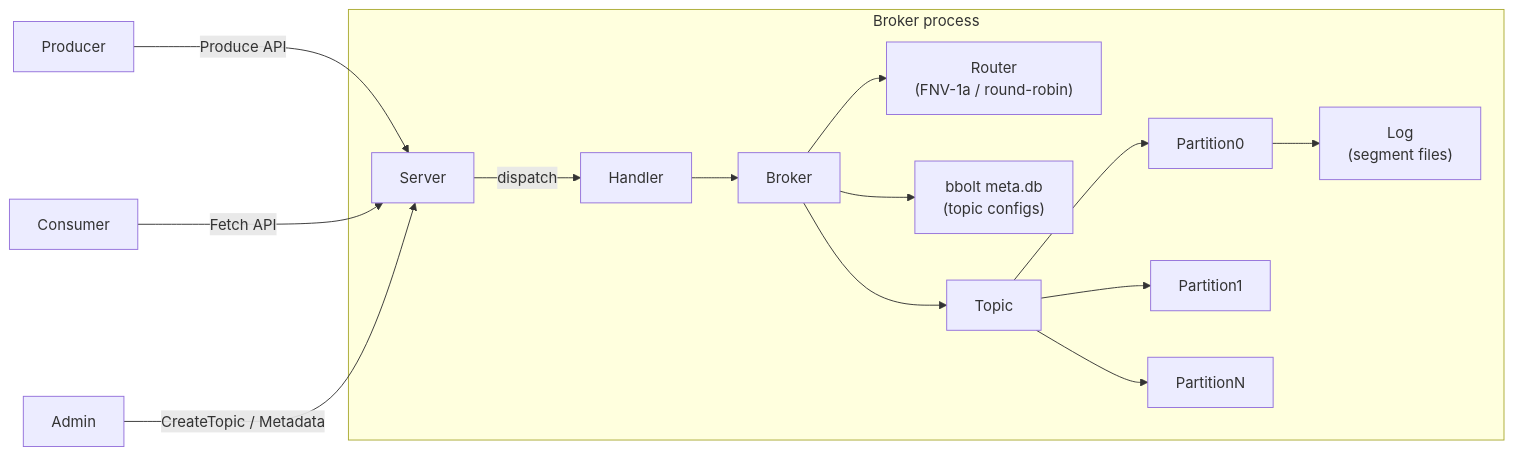
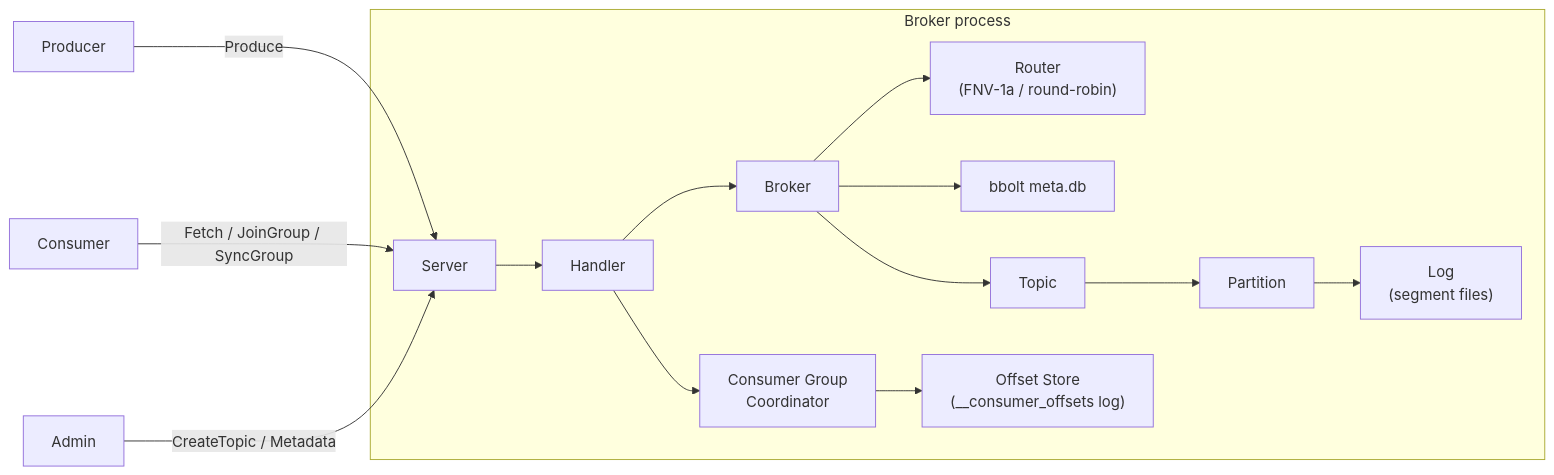
One commit to Utkarsh272/mini-kaka changed the diagram in README.md. Above: the diagram before and after it, drawn with Mermaid. The commit also changed other lines of this file and 7 other files, not shown here.

First line of the commit message:
Days 7-9: consumer groups, range assignor, durable offset store

````diff
--- a/README.md
+++ b/README.md
@@ -81,18 +98,16 @@
 ```mermaid
 graph LR
-    Producer -->|Produce API| Server
-    Consumer -->|Fetch API| Server
+    Producer -->|Produce| Server
+    Consumer -->|Fetch / JoinGroup / SyncGroup| Server
     Admin -->|CreateTopic / Metadata| Server
 
     subgraph "Broker process"
-        Server -->|dispatch| Handler
+        Server --> Handler
         Handler --> Broker
+        Handler --> Coordinator["Consumer Group\nCoordinator"]
         Broker --> Router["Router\n(FNV-1a / round-robin)"]
-        Broker --> MetaDB["bbolt meta.db\n(topic configs)"]
-        Broker --> Topic
-        Topic --> Partition0
-        Topic --> Partition1
-        Topic --> PartitionN
-        Partition0 --> Log0["Log\n(segment files)"]
+        Broker --> MetaDB["bbolt meta.db"]
+        Broker --> Topic --> Partition --> Log["Log\n(segment files)"]
+        Coordinator --> OffsetStore["Offset Store\n(__consumer_offsets log)"]
     end
 ```
````
